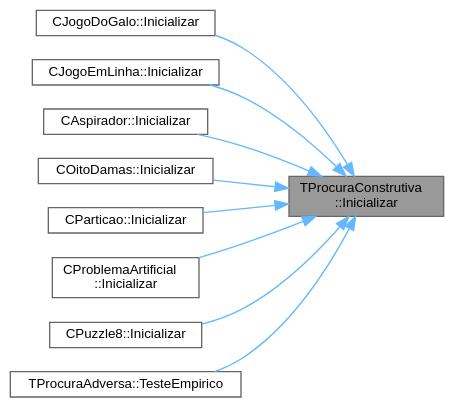
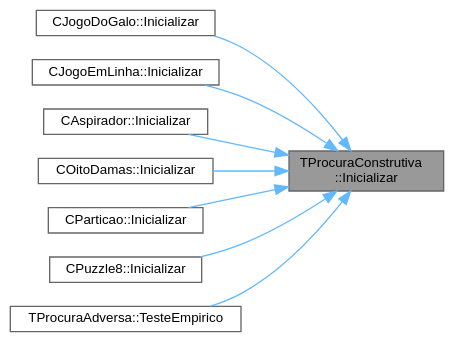
One commit to jcoelho72/TProcura changed the diagram in group__RedefinicaoMandatoria_ga2eabd047192d429686aeadf549136d44_icgraph.dot. Above: the diagram before and after it, drawn with Graphviz. The commit also changed 161 other files, not shown here.

```diff
--- a/group__RedefinicaoMandatoria_ga2eabd047192d429686aeadf549136d44_icgraph.dot
+++ b/group__RedefinicaoMandatoria_ga2eabd047192d429686aeadf549136d44_icgraph.dot
@@ -1,25 +1,23 @@
 digraph "TProcuraConstrutiva::Inicializar"
 {
  // LATEX_PDF_SIZE
   bgcolor="transparent";
   edge [fontname=Helvetica,fontsize=10,labelfontname=Helvetica,labelfontsize=10];
   node [fontname=Helvetica,fontsize=10,shape=box,height=0.2,width=0.4];
   rankdir="RL";
   Node1 [id="Node000001",label="TProcuraConstrutiva\l::Inicializar",height=0.2,width=0.4,color="gray40", fillcolor="grey60", style="filled", fontcolor="black",tooltip="Coloca o objecto no estado inicial da procura."];
   Node1 -> Node2 [id="edge1_Node000001_Node000002",dir="back",color="steelblue1",style="solid",tooltip=" "];
   Node2 [id="Node000002",label="CJogoDoGalo::Inicializar",height=0.2,width=0.4,color="grey40", fillcolor="white", style="filled",URL="$classCJogoDoGalo.html#a7e865ab71c12b6fa618c83448283fda5",tooltip="Coloca o objecto no estado inicial da procura."];
   Node1 -> Node3 [id="edge2_Node000001_Node000003",dir="back",color="steelblue1",style="solid",tooltip=" "];
   Node3 [id="Node000003",label="CJogoEmLinha::Inicializar",height=0.2,width=0.4,color="grey40", fillcolor="white", style="filled",URL="$classCJogoEmLinha.html#acc2b5079f36c1853c0f16283a70b1450",tooltip="Coloca o objecto no estado inicial da procura."];
   Node1 -> Node4 [id="edge3_Node000001_Node000004",dir="back",color="steelblue1",style="solid",tooltip=" "];
   Node4 [id="Node000004",label="CAspirador::Inicializar",height=0.2,width=0.4,color="grey40", fillcolor="white", style="filled",URL="$classCAspirador.html#af6547f44fce58ab6cac2387ea6e5a7a4",tooltip="Coloca o objecto no estado inicial da procura."];
   Node1 -> Node5 [id="edge4_Node000001_Node000005",dir="back",color="steelblue1",style="solid",tooltip=" "];
   Node5 [id="Node000005",label="COitoDamas::Inicializar",height=0.2,width=0.4,color="grey40", fillcolor="white", style="filled",URL="$classCOitoDamas.html#a48d0b8900af154394ad59db6d0d94214",tooltip="Coloca o objecto no estado inicial da procura."];
   Node1 -> Node6 [id="edge5_Node000001_Node000006",dir="back",color="steelblue1",style="solid",tooltip=" "];
   Node6 [id="Node000006",label="CParticao::Inicializar",height=0.2,width=0.4,color="grey40", fillcolor="white", style="filled",URL="$classCParticao.html#a9398d7eb5af933dd64c50bb09bba6400",tooltip="Coloca o objecto no estado inicial da procura."];
   Node1 -> Node7 [id="edge6_Node000001_Node000007",dir="back",color="steelblue1",style="solid",tooltip=" "];
-  Node7 [id="Node000007",label="CProblemaArtificial\l::Inicializar",height=0.2,width=0.4,color="grey40", fillcolor="white", style="filled",URL="$classCProblemaArtificial.html#ac823cf847edbe9f32fb4cd2e2c462d10",tooltip="Coloca o objecto no estado inicial da procura."];
+  Node7 [id="Node000007",label="CPuzzle8::Inicializar",height=0.2,width=0.4,color="grey40", fillcolor="white", style="filled",URL="$classCPuzzle8.html#ab69d1a9a91d91b918ef43b102f78e5ed",tooltip="Coloca o objecto no estado inicial da procura."];
   Node1 -> Node8 [id="edge7_Node000001_Node000008",dir="back",color="steelblue1",style="solid",tooltip=" "];
-  Node8 [id="Node000008",label="CPuzzle8::Inicializar",height=0.2,width=0.4,color="grey40", fillcolor="white", style="filled",URL="$classCPuzzle8.html#ab69d1a9a91d91b918ef43b102f78e5ed",tooltip="Coloca o objecto no estado inicial da procura."];
-  Node1 -> Node9 [id="edge8_Node000001_Node000009",dir="back",color="steelblue1",style="solid",tooltip=" "];
-  Node9 [id="Node000009",label="TProcuraAdversa::TesteEmpirico",height=0.2,width=0.4,color="grey40", fillcolor="white", style="filled",URL="$classTProcuraAdversa.html#abe15e86c2a11e584764a2b80ddab10cb",tooltip="Executa testes empíricos, em todas as configurações guardadas, nas instâncias selecionadas."];
+  Node8 [id="Node000008",label="TProcuraAdversa::TesteEmpirico",height=0.2,width=0.4,color="grey40", fillcolor="white", style="filled",URL="$classTProcuraAdversa.html#abe15e86c2a11e584764a2b80ddab10cb",tooltip="Executa testes empíricos, em todas as configurações guardadas, nas instâncias selecionadas."];
 }
```
